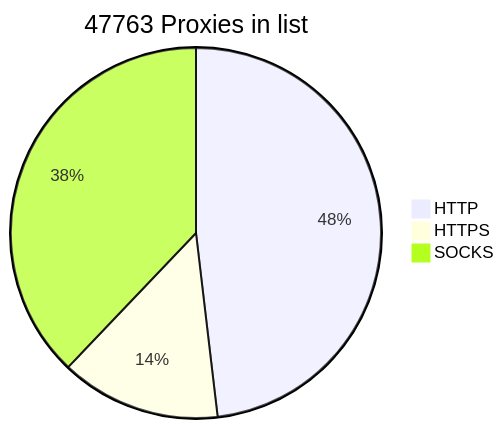
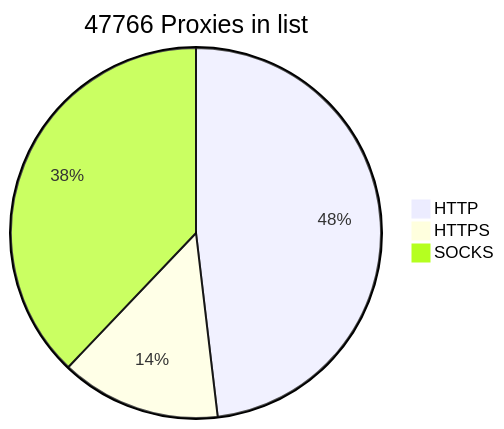
The diagram in README.md (BlackSnowDot/proxylist-update-every-minute), drawn with Mermaid before and after one commit.

````diff
--- a/README.md
+++ b/README.md
@@ -2,6 +2,6 @@
 ```mermaid
-pie title 47763 Proxies in list
-    "HTTP" : 25704
+pie title 47766 Proxies in list
+    "HTTP" : 25702
     "HTTPS": 7467
-    "SOCKS" : 20231
+    "SOCKS" : 20234
 ```
````
